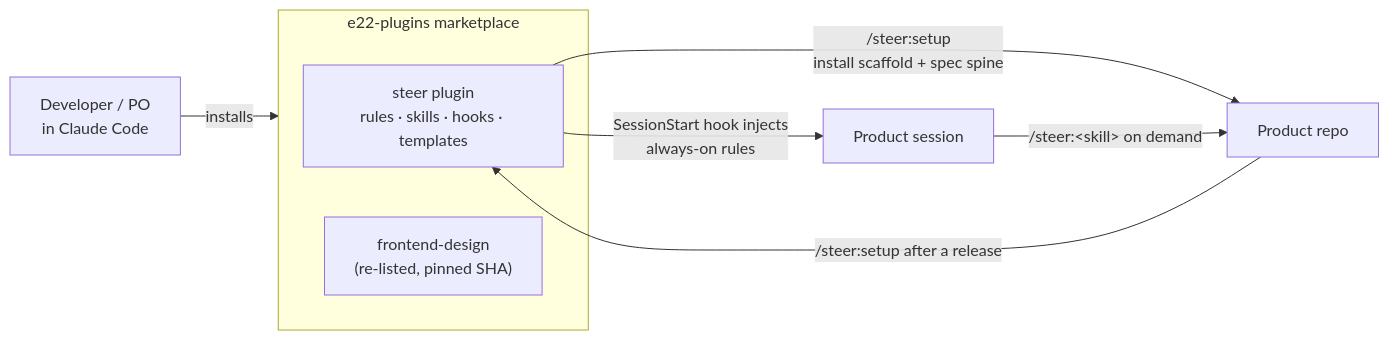
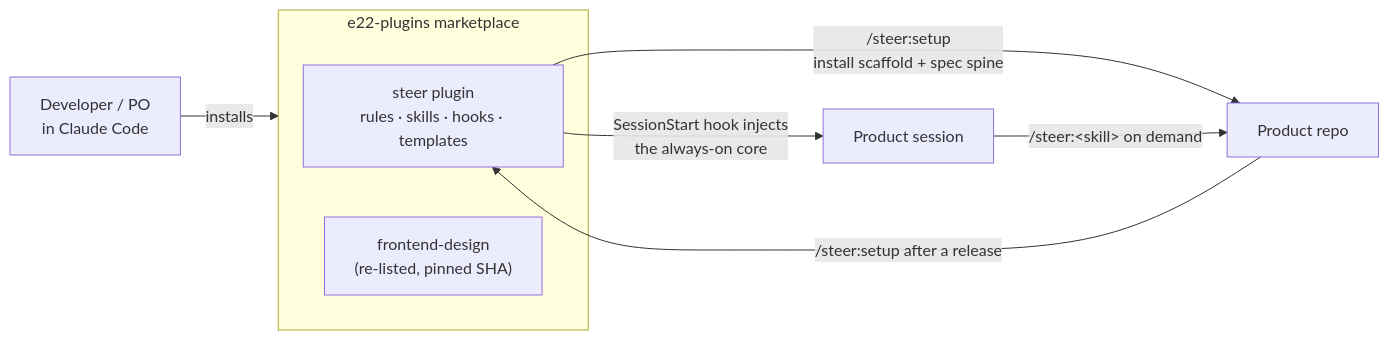
Before and after one commit to element22llc/e22-plugins: the diagram in docs/index.md, drawn with Mermaid. The commit also changed 4 other files, not shown here.

````diff
--- a/docs/index.md
+++ b/docs/index.md
@@ -15,12 +15,12 @@
 ```mermaid
 flowchart LR
     subgraph MP["e22-plugins marketplace"]
       STEER["steer plugin<br/>rules · skills · hooks · templates"]
       FD["frontend-design<br/>(re-listed, pinned SHA)"]
     end
     DEV["Developer / PO<br/>in Claude Code"] -->|installs| MP
-    STEER -->|SessionStart hook injects<br/>always-on rules| SESSION["Product session"]
+    STEER -->|SessionStart hook injects<br/>the always-on core| SESSION["Product session"]
     STEER -->|/steer:setup<br/>install scaffold + spec spine| REPO["Product repo"]
     SESSION -->|/steer:&lt;skill&gt; on demand| REPO
     REPO -->|/steer:setup after a release| STEER
 ```
````
